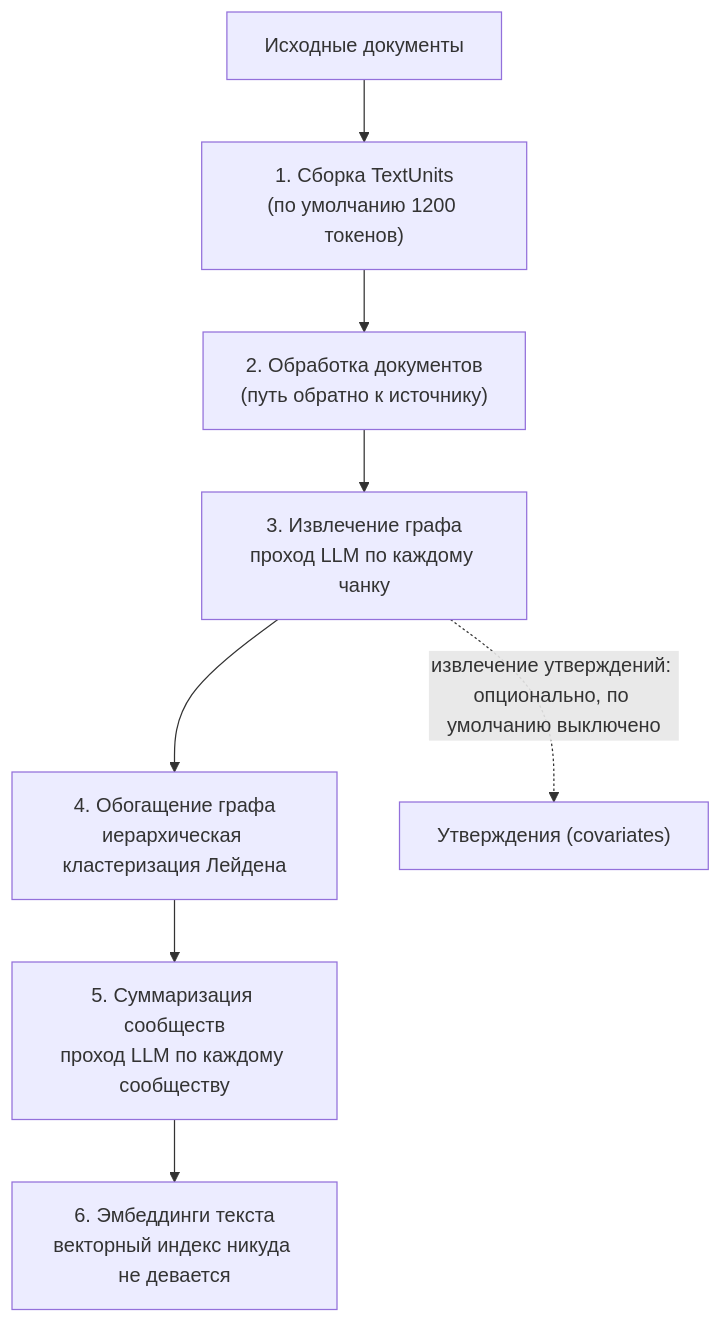
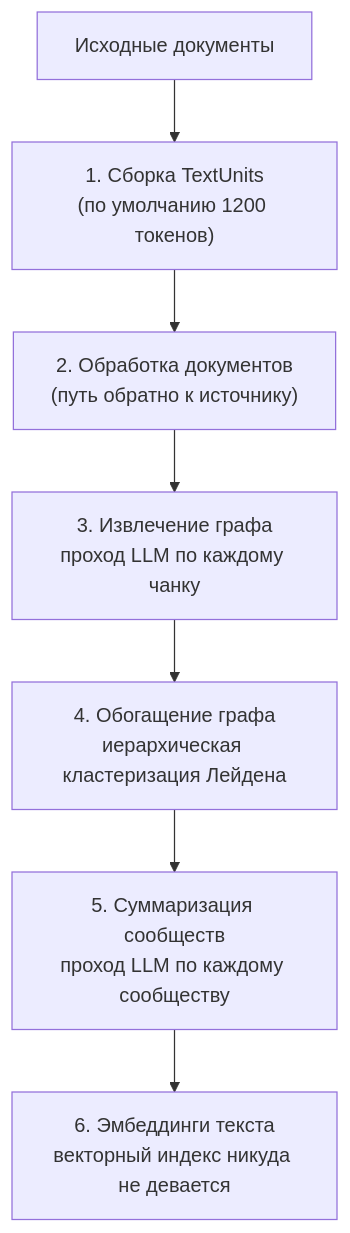
Before and after one commit to NikolaiSachok/ai-engineering-handbook: the diagram in i18n/ru/docusaurus-plugin-content-docs/current/part-1-rag/structured-knowledge/deep-dive.md, drawn with Mermaid. The commit also changed 3 other files, not shown here.

First line of the commit message:
fix(diagrams): the pipeline diagram still clipped on a phone — drop the redundant side branch

````diff
--- a/i18n/ru/docusaurus-plugin-content-docs/current/part-1-rag/structured-knowledge/deep-dive.md
+++ b/i18n/ru/docusaurus-plugin-content-docs/current/part-1-rag/structured-knowledge/deep-dive.md
@@ -24,10 +24,9 @@
 ```mermaid
 flowchart TB
     D["Исходные документы"] --> P1["1. Сборка TextUnits<br/>(по умолчанию 1200 токенов)"]
     P1 --> P2["2. Обработка документов<br/>(путь обратно к источнику)"]
     P2 --> P3["3. Извлечение графа<br/>проход LLM по каждому чанку"]
     P3 --> P4["4. Обогащение графа<br/>иерархическая кластеризация Лейдена"]
     P4 --> P5["5. Суммаризация сообществ<br/>проход LLM по каждому сообществу"]
     P5 --> P6["6. Эмбеддинги текста<br/>векторный индекс никуда не девается"]
-    P3 -.->|"извлечение утверждений: опционально, по умолчанию выключено"| CL["Утверждения (covariates)"]
 ```
````
